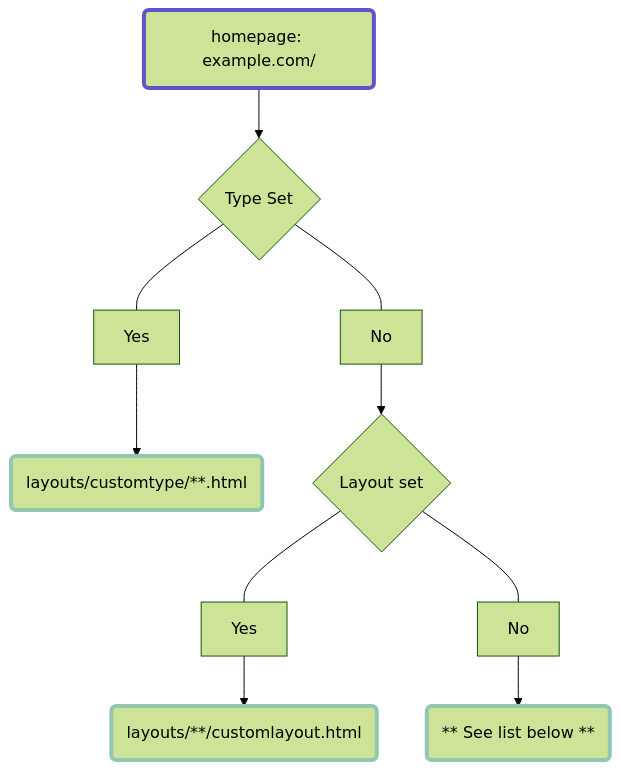
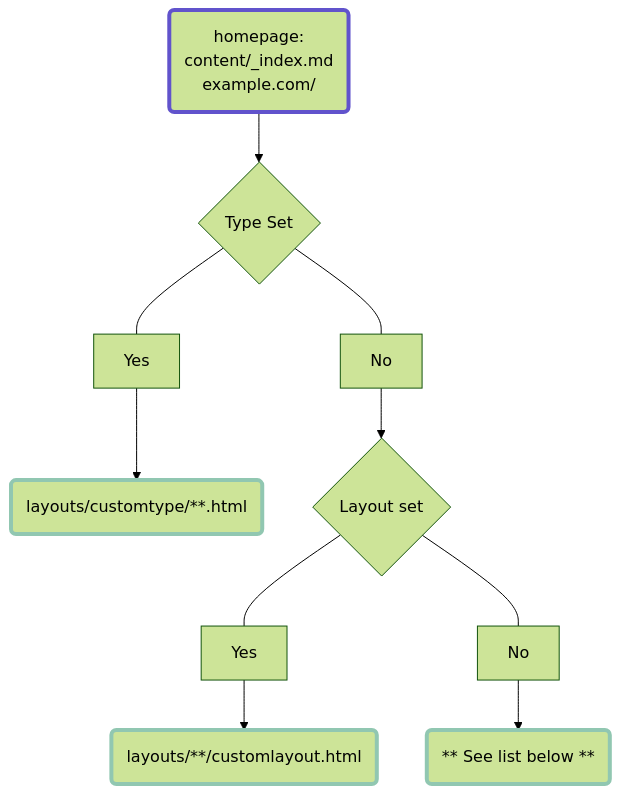
The diagram in content/_index.md (pointyfar/hugo-content-naming-layouts), drawn with Mermaid (forest theme) before and after one commit. The commit also changed other lines of this file, not shown here.

```diff
--- a/content/_index.md
+++ b/content/_index.md
@@ -29,26 +29,26 @@
 {{<mermaid>}}
 graph TD
-    A("homepage: example.com/") --> B
+    A("homepage: <br/> content/_index.md <br/> example.com/") --> B
     
     B{Type Set}
     B --- By[Yes]
           By --> ctype("layouts/customtype/**.html")
     
 
     B --- Bn[No]
           Bn --> C{"Layout set"}
 
     C --- Cy[Yes]
           Cy --> pcl("layouts/**/customlayout.html")
 
 
     C --- Cn[No]
           Cn --> Default("** See list below **")
     
 
     classDef thick stroke-width:4px, stroke:#91C7B1;
     class Default,pcl,dcl,ctype,Both thick;
 
     style A stroke-width:4px, stroke:#6153CC;
 
 {{</mermaid>}}
```
